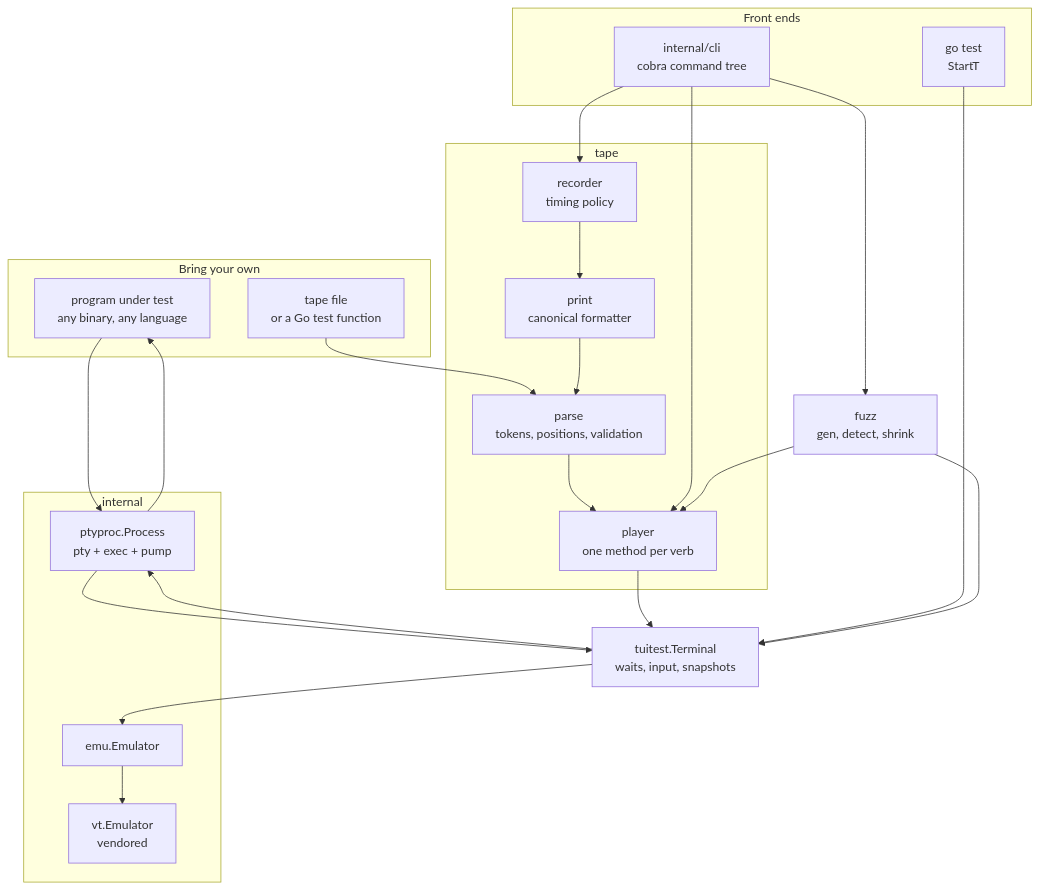
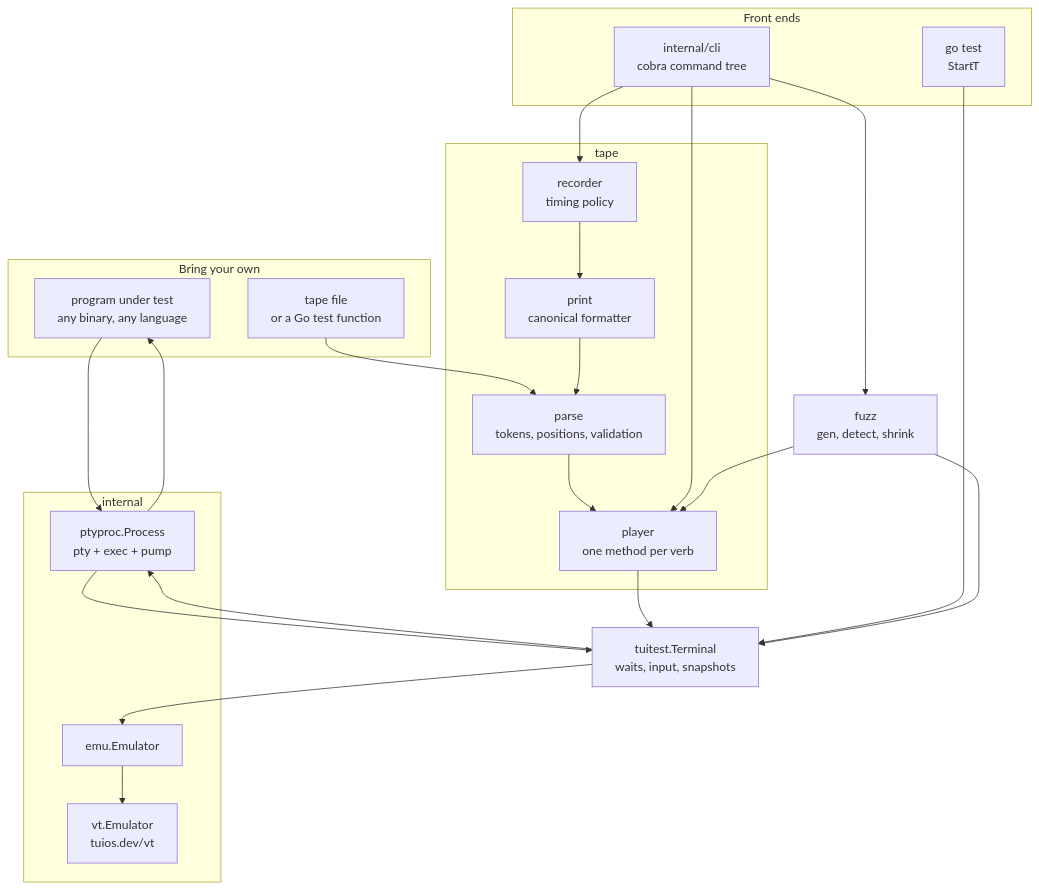
Before and after one commit to Gaurav-Gosain/tuitest: the first of 3 diagrams in docs/architecture.md, drawn with Mermaid. The commit also changed other lines of this file and 155 other files, not shown here.

````diff
--- a/docs/architecture.md
+++ b/docs/architecture.md
@@ -24,38 +23,38 @@
 ```mermaid
 flowchart TB
   subgraph Bring["Bring your own"]
     PROG[program under test<br/>any binary, any language]
     SRC[tape file<br/>or a Go test function]
   end
 
   subgraph Front["Front ends"]
     CLIREG[internal/cli<br/>cobra command tree]
     GOTEST[go test<br/>StartT]
   end
 
   subgraph Lang["tape"]
     PARSE[parse<br/>tokens, positions, validation]
     PLAY[player<br/>one method per verb]
     REC[recorder<br/>timing policy]
     PRINT[print<br/>canonical formatter]
   end
 
   FUZZ[fuzz<br/>gen, detect, shrink]
 
   TERM[tuitest.Terminal<br/>waits, input, snapshots]
 
   subgraph Low["internal"]
     PTY[ptyproc.Process<br/>pty + exec + pump]
     EMU[emu.Emulator]
-    VT[vt.Emulator<br/>vendored]
+    VT[vt.Emulator<br/>tuios.dev/vt]
   end
 
   SRC --> PARSE --> PLAY --> TERM
   GOTEST --> TERM
   CLIREG --> PLAY
   CLIREG --> REC --> PRINT --> PARSE
   CLIREG --> FUZZ --> TERM
   FUZZ --> PLAY
   TERM --> PTY --> PROG
   PROG --> PTY --> TERM --> EMU --> VT
 ```
````
